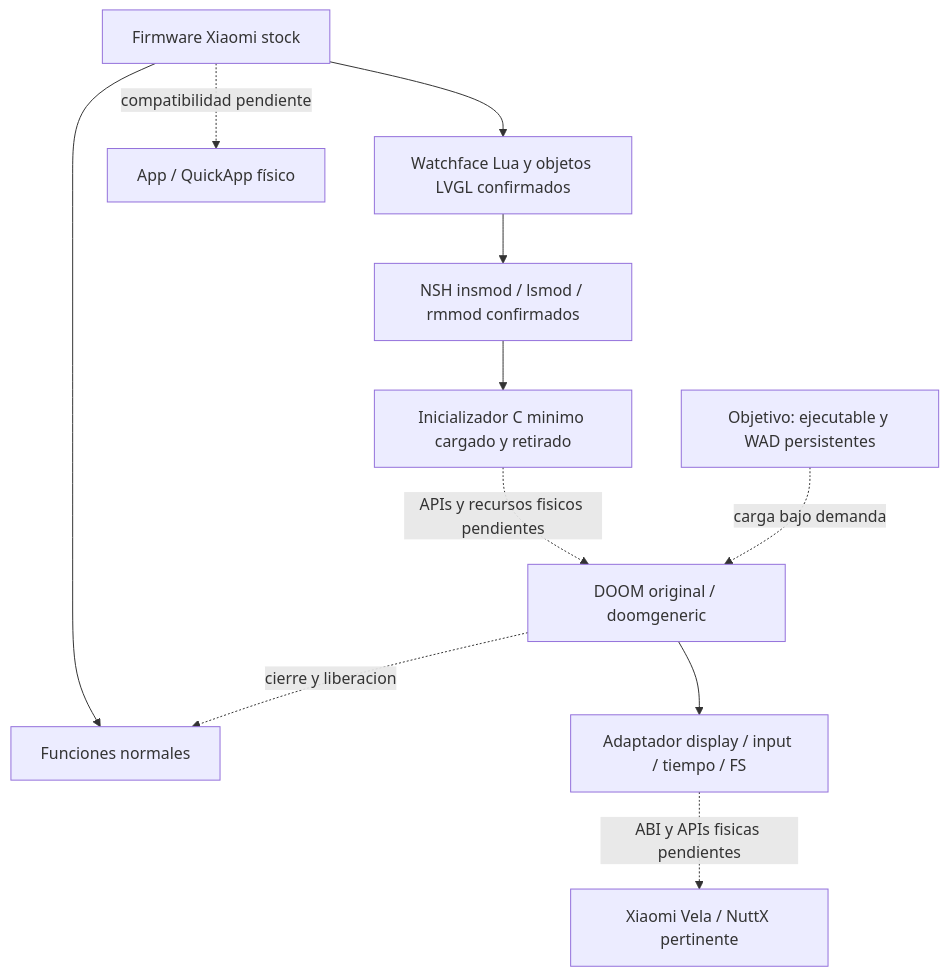
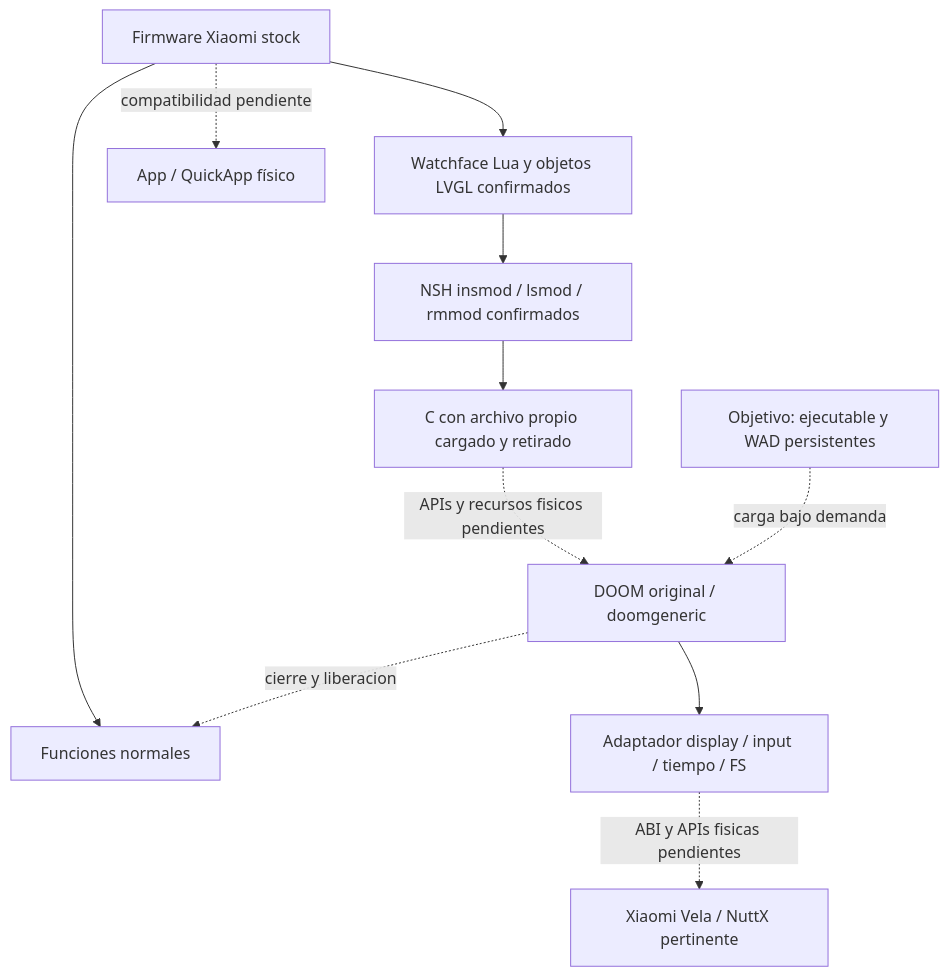
Before and after one commit to Pizofh/Doomed---Doom-for-Redmi-watch-4-: the diagram in docs/architecture.md, drawn with Mermaid. The commit also changed other lines of this file and 6 other files, not shown here.

````diff
--- a/docs/architecture.md
+++ b/docs/architecture.md
@@ -16,13 +23,13 @@
 ```mermaid
 flowchart TD
     S[Firmware Xiaomi stock] --> W[Funciones normales]
     S --> L[Watchface Lua y objetos LVGL confirmados]
     S -. compatibilidad pendiente .-> A[App / QuickApp físico]
     L --> N[NSH insmod / lsmod / rmmod confirmados]
-    N --> C[Inicializador C minimo cargado y retirado]
+    N --> C[C con archivo propio cargado y retirado]
     C -. APIs y recursos fisicos pendientes .-> D[DOOM original / doomgeneric]
     D --> P[Adaptador display / input / tiempo / FS]
     P -. ABI y APIs fisicas pendientes .-> V[Xiaomi Vela / NuttX pertinente]
     F[Objetivo: ejecutable y WAD persistentes] -. carga bajo demanda .-> D
     D -. cierre y liberacion .-> W
 ```
````
